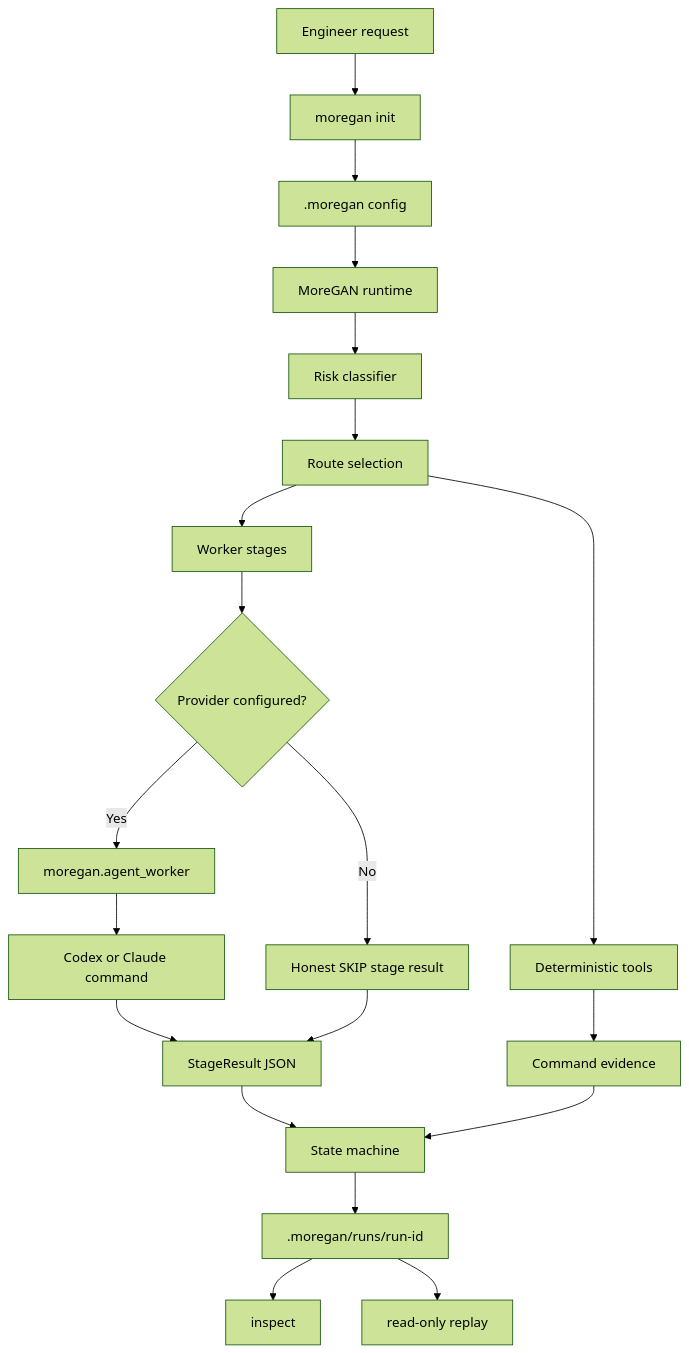
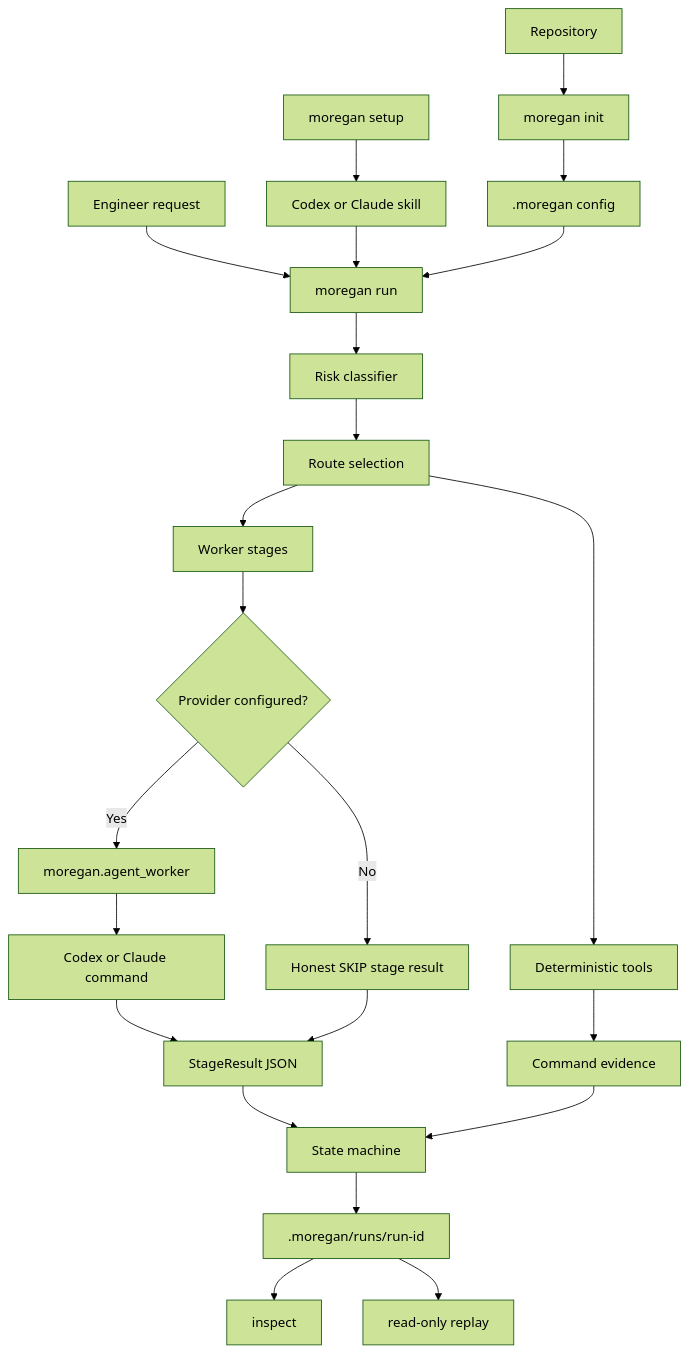
The diagram in README.md (suyesh/moregan), drawn with Mermaid (forest theme) before and after one commit. The commit also changed other lines of this file and 11 other files, not shown here.

Commit message:
Make MoreGAN PyPI installable

````diff
--- a/README.md
+++ b/README.md
@@ -24,26 +33,29 @@
 ```mermaid
 flowchart TD
-  Request[Engineer request] --> Init[moregan init]
+  Setup[moregan setup] --> Skill[Codex or Claude skill]
+  Repo[Repository] --> Init[moregan init]
   Init --> Config[.moregan config]
-  Config --> Runtime[MoreGAN runtime]
+  Request[Engineer request] --> Runtime[moregan run]
+  Skill --> Runtime
+  Config --> Runtime
 
   Runtime --> Risk[Risk classifier]
   Risk --> Route[Route selection]
 
   Route --> Workers[Worker stages]
   Workers --> Adapter{Provider configured?}
   Adapter -->|No| DryRun[Honest SKIP stage result]
   Adapter -->|Yes| AgentWorker[moregan.agent_worker]
   AgentWorker --> Provider[Codex or Claude command]
   Provider --> StageResult[StageResult JSON]
   DryRun --> StageResult
 
   Route --> Tools[Deterministic tools]
   Tools --> Evidence[Command evidence]
 
   StageResult --> State[State machine]
   Evidence --> State
   State --> Trace[.moregan/runs/run-id]
   Trace --> Inspect[inspect]
   Trace --> Replay[read-only replay]
 ```
````
